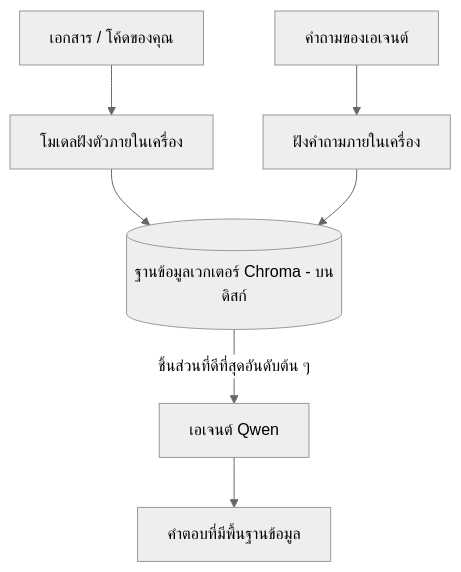
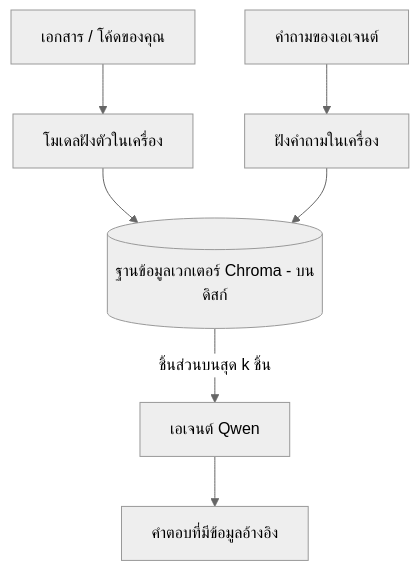
One commit to gabrielmoreira/agent-skills-mirror changed the third of 4 diagrams in mirrors/repos/microsoft@ai-agents-for-beginners/translations/th/17-creating-local-ai-agents/README.md. Above: the diagram before and after it, drawn with Mermaid (neutral theme). The commit also changed other lines of this file and 4262 other files, not shown here.

````diff
--- a/mirrors/repos/microsoft@ai-agents-for-beginners/translations/th/17-creating-local-ai-agents/README.md
+++ b/mirrors/repos/microsoft@ai-agents-for-beginners/translations/th/17-creating-local-ai-agents/README.md
@@ -125,9 +125,9 @@
 ```mermaid
 flowchart TB
-    D[เอกสาร / โค้ดของคุณ] --> E[โมเดลฝังตัวภายในเครื่อง]
+    D[เอกสาร / โค้ดของคุณ] --> E[โมเดลฝังตัวในเครื่อง]
     E --> V[(ฐานข้อมูลเวกเตอร์ Chroma - บนดิสก์)]
-    Q[คำถามของเอเจนต์] --> QE[ฝังคำถามภายในเครื่อง]
+    Q[คำถามของเอเจนต์] --> QE[ฝังคำถามในเครื่อง]
     QE --> V
-    V -->|ชิ้นส่วนที่ดีที่สุดอันดับต้น ๆ| A[เอเจนต์ Qwen]
-    A --> Ans[คำตอบที่มีพื้นฐานข้อมูล]
+    V -->|ชิ้นส่วนบนสุด k ชิ้น| A[เอเจนต์ Qwen]
+    A --> Ans[คำตอบที่มีข้อมูลอ้างอิง]
 ```
````
